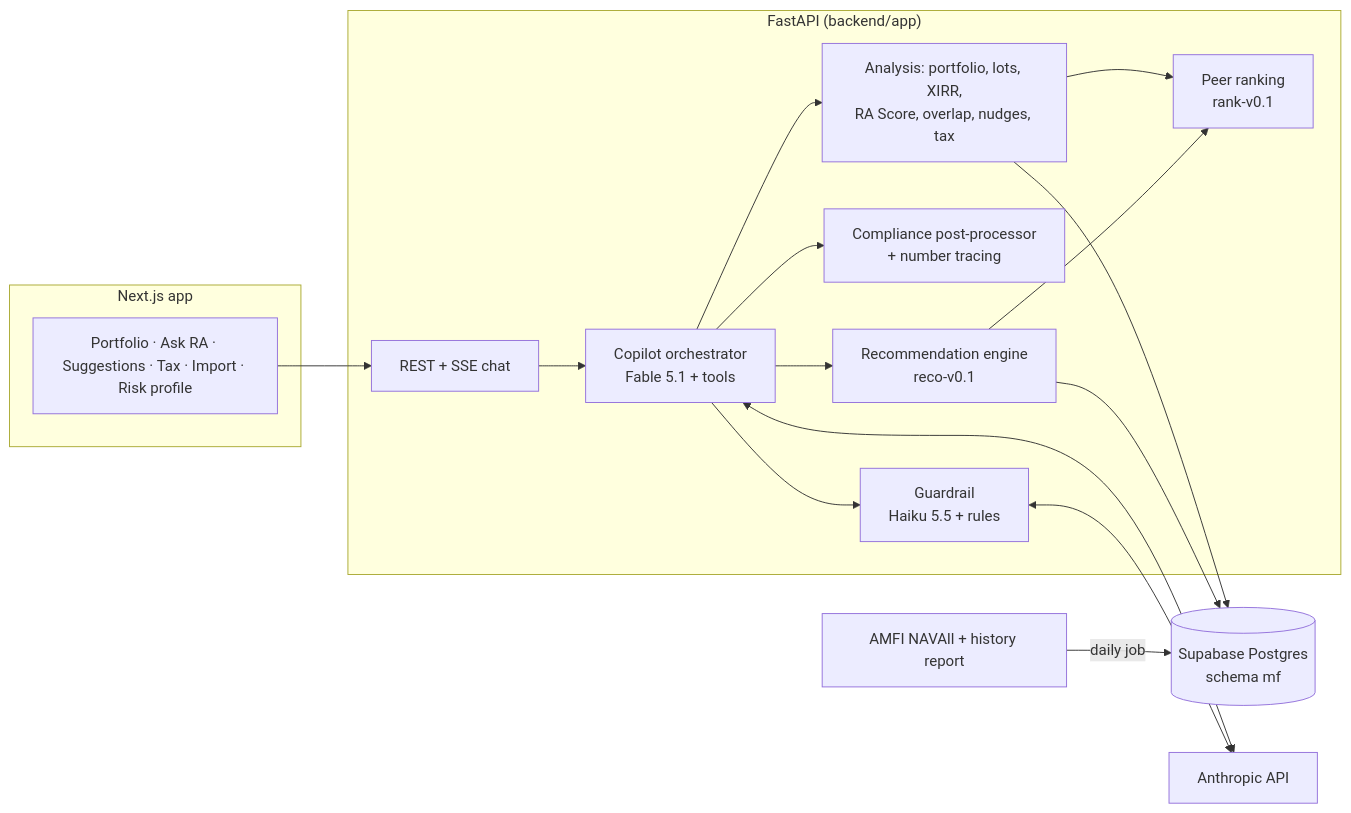
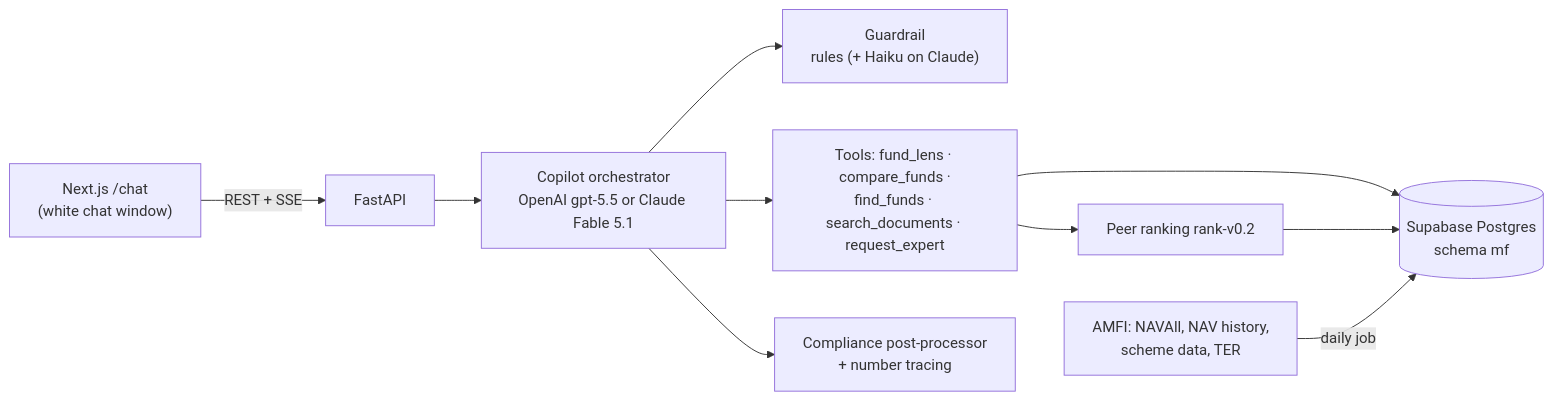
The diagram in README.md (j-s-l-7/rebirth-assistant), drawn with Mermaid before and after one commit. The commit also changed other lines of this file and 80 other files, not shown here.

First line of the commit message:
Chat-only RA: remove portfolio, score and suggestions; document the database

````diff
--- a/README.md
+++ b/README.md
@@ -38,30 +83,12 @@
 ```mermaid
 flowchart LR
-    subgraph Web["Next.js app"]
-        UI["Portfolio · Ask RA · Suggestions · Tax · Import · Risk profile"]
-    end
-    subgraph API["FastAPI (backend/app)"]
-        R["REST + SSE chat"]
-        ORCH["Copilot orchestrator<br/>Fable 5.1 + tools"]
-        GR["Guardrail<br/>Haiku 5.5 + rules"]
-        CP["Compliance post-processor<br/>+ number tracing"]
-        AN["Analysis: portfolio, lots, XIRR,<br/>RA Score, overlap, nudges, tax"]
-        RE["Recommendation engine<br/>reco-v0.1"]
-        RK["Peer ranking<br/>rank-v0.1"]
-    end
-    DB[("Supabase Postgres<br/>schema mf")]
-    AMFI["AMFI NAVAll + history report"]
-    CL["Anthropic API"]
-    UI --> R
-    R --> ORCH --> GR
-    ORCH --> AN
-    ORCH --> RE
-    ORCH --> CP
-    ORCH <--> CL
-    GR <--> CL
-    AN --> RK
-    RE --> RK
-    AN --> DB
-    RE --> DB
-    AMFI -->|daily job| DB
+    UI["Next.js /chat<br/>(white chat window)"] -->|REST + SSE| API["FastAPI"]
+    API --> ORCH["Copilot orchestrator<br/>OpenAI gpt-5.5 or Claude Fable 5.1"]
+    ORCH --> GR["Guardrail<br/>rules (+ Haiku on Claude)"]
+    ORCH --> TOOLS["Tools: fund_lens · compare_funds ·<br/>find_funds · search_documents · request_expert"]
+    ORCH --> CP["Compliance post-processor<br/>+ number tracing"]
+    TOOLS --> RK["Peer ranking rank-v0.2"]
+    TOOLS --> DB[("Supabase Postgres<br/>schema mf")]
+    RK --> DB
+    AMFI["AMFI: NAVAll, NAV history,<br/>scheme data, TER"] -->|daily job| DB
 ```
````
